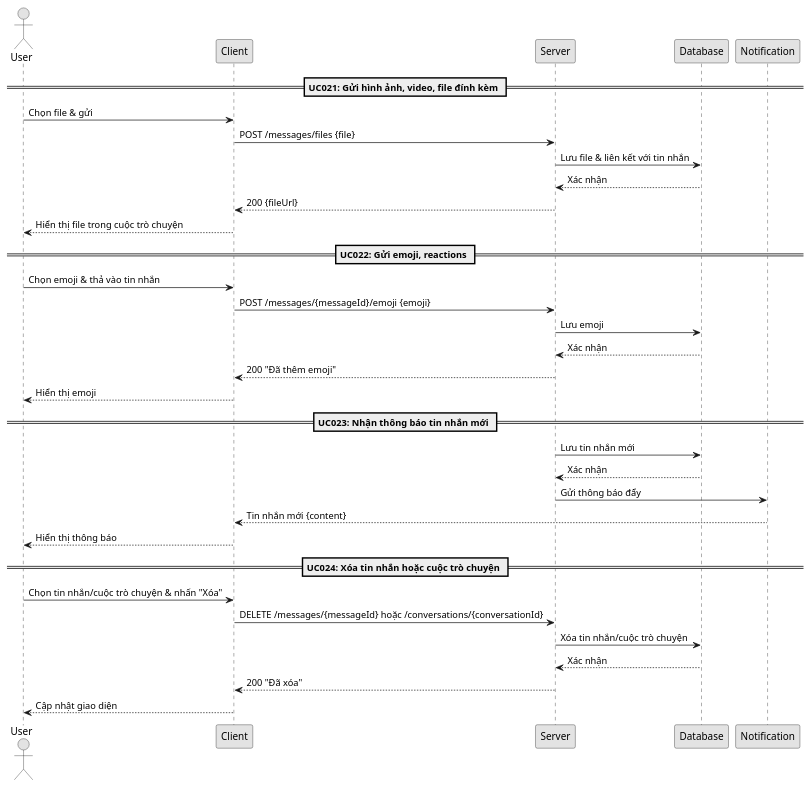
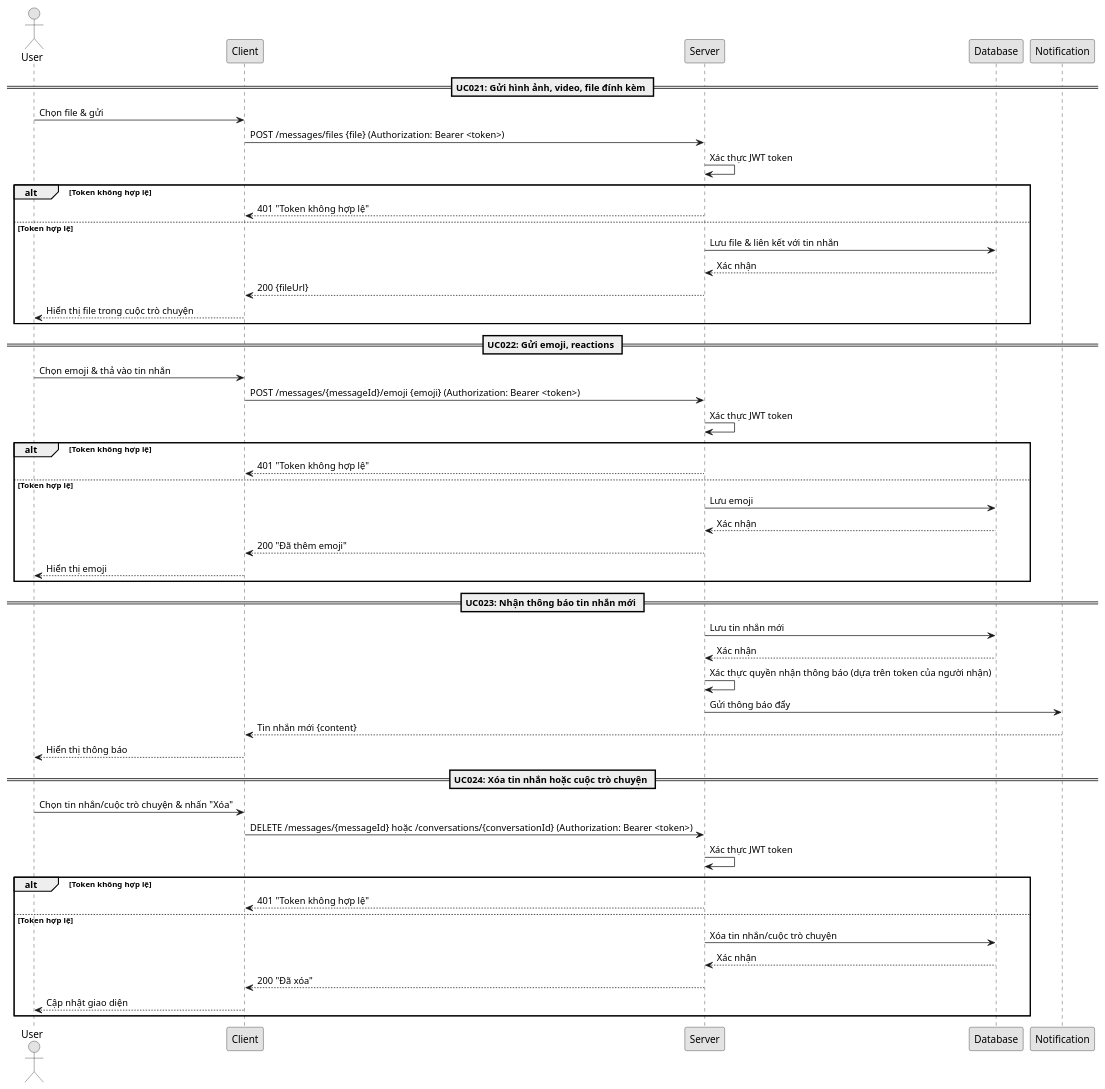
One commit to nguynnga23/SUBJECT-PROJECT__New-Technologies-in-IT-Application-Development changed the fourth of 4 diagrams in docs/docs/sequence-diagram.md. Above: the diagram before and after it, drawn with PlantUML. The commit also changed other lines of this file, not shown here.

````diff
--- a/docs/docs/sequence-diagram.md
+++ b/docs/docs/sequence-diagram.md
@@ -228,43 +321,59 @@
 ```plantuml
 @startuml
 skinparam monochrome true
 
 actor User
 participant "Client" as Client
 participant "Server" as Server
 participant "Database" as DB
 participant "Notification" as Notif
 
 == UC021: Gửi hình ảnh, video, file đính kèm ==
 User -> Client: Chọn file & gửi
-Client -> Server: POST /messages/files {file}
-Server -> DB: Lưu file & liên kết với tin nhắn
-DB --> Server: Xác nhận
-Server --> Client: 200 {fileUrl}
-Client --> User: Hiển thị file trong cuộc trò chuyện
+Client -> Server: POST /messages/files {file} (Authorization: Bearer <token>)
+Server -> Server: Xác thực JWT token
+alt Token không hợp lệ
+    Server --> Client: 401 "Token không hợp lệ"
+else Token hợp lệ
+    Server -> DB: Lưu file & liên kết với tin nhắn
+    DB --> Server: Xác nhận
+    Server --> Client: 200 {fileUrl}
+    Client --> User: Hiển thị file trong cuộc trò chuyện
+end
 
 == UC022: Gửi emoji, reactions ==
 User -> Client: Chọn emoji & thả vào tin nhắn
-Client -> Server: POST /messages/{messageId}/emoji {emoji}
-Server -> DB: Lưu emoji
-DB --> Server: Xác nhận
-Server --> Client: 200 "Đã thêm emoji"
-Client --> User: Hiển thị emoji
+Client -> Server: POST /messages/{messageId}/emoji {emoji} (Authorization: Bearer <token>)
+Server -> Server: Xác thực JWT token
+alt Token không hợp lệ
+    Server --> Client: 401 "Token không hợp lệ"
+else Token hợp lệ
+    Server -> DB: Lưu emoji
+    DB --> Server: Xác nhận
+    Server --> Client: 200 "Đã thêm emoji"
+    Client --> User: Hiển thị emoji
+end
 
 == UC023: Nhận thông báo tin nhắn mới ==
 Server -> DB: Lưu tin nhắn mới
 DB --> Server: Xác nhận
+Server -> Server: Xác thực quyền nhận thông báo (dựa trên token của người nhận)
 Server -> Notif: Gửi thông báo đẩy
 Notif --> Client: Tin nhắn mới {content}
 Client --> User: Hiển thị thông báo
 
 == UC024: Xóa tin nhắn hoặc cuộc trò chuyện ==
 User -> Client: Chọn tin nhắn/cuộc trò chuyện & nhấn "Xóa"
-Client -> Server: DELETE /messages/{messageId} hoặc /conversations/{conversationId}
-Server -> DB: Xóa tin nhắn/cuộc trò chuyện
-DB --> Server: Xác nhận
-Server --> Client: 200 "Đã xóa"
-Client --> User: Cập nhật giao diện
+Client -> Server: DELETE /messages/{messageId} hoặc /conversations/{conversationId} (Authorization: Bearer <token>)
+Server -> Server: Xác thực JWT token
+alt Token không hợp lệ
+    Server --> Client: 401 "Token không hợp lệ"
+else Token hợp lệ
+    Server -> DB: Xóa tin nhắn/cuộc trò chuyện
+    DB --> Server: Xác nhận
+    Server --> Client: 200 "Đã xóa"
+    Client --> User: Cập nhật giao diện
+end
 
 @enduml
 ```
````
